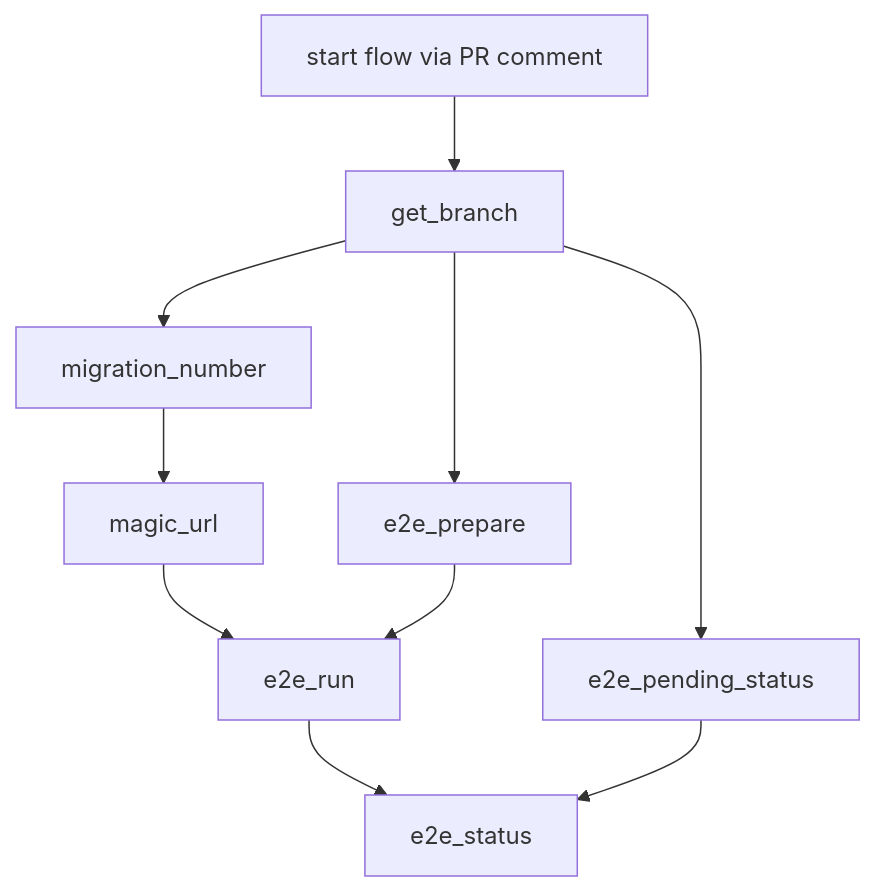
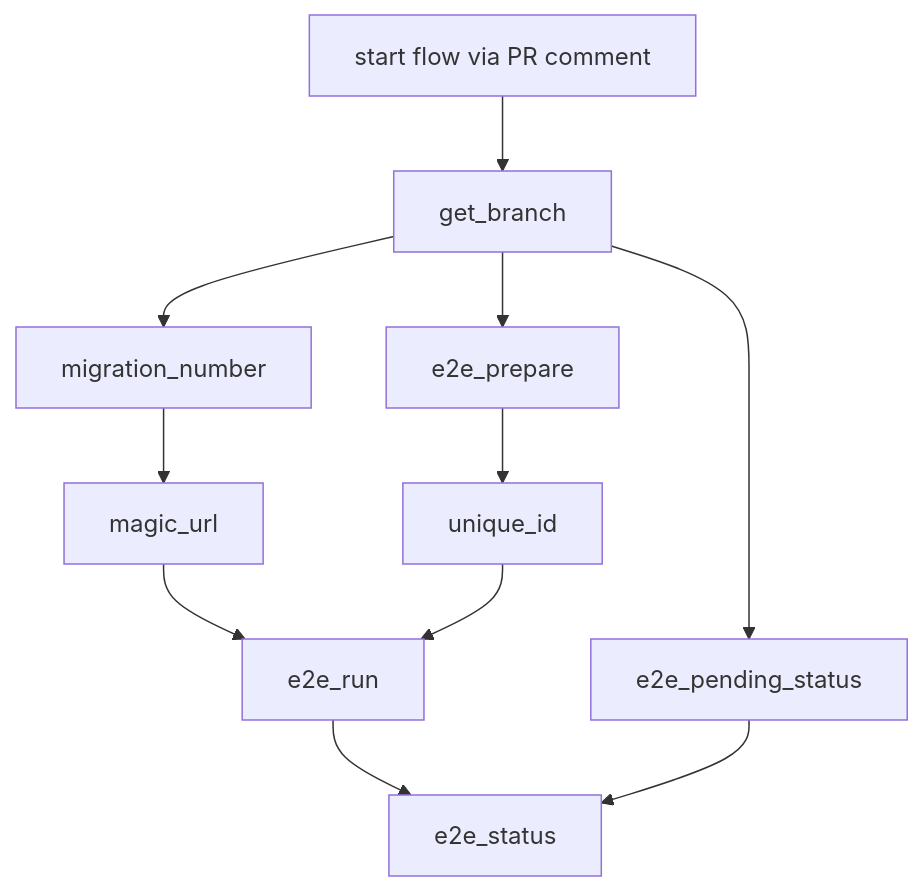
Before and after one commit to JupiterOne/.github: the diagram in .github/workflows/docs/frontend/frontend_runtime_application_manual_e2e_run.md, drawn with Mermaid. The commit also changed 4 other files, not shown here.

````diff
--- a/.github/workflows/docs/frontend/frontend_runtime_application_manual_e2e_run.md
+++ b/.github/workflows/docs/frontend/frontend_runtime_application_manual_e2e_run.md
@@ -73,21 +73,23 @@
 ```mermaid
 graph TD;
     A[start flow via PR comment];
     B[get_branch]
     C[e2e_pending_status]
     D[migration_number];
     E[e2e_prepare];
     F[magic_url];
-    G[e2e_run];
-    H[e2e_status];
+    G[unique_id];
+    H[e2e_run];
+    I[e2e_status];
 
     A --> B;
     B --> D;
     B --> E;
     B --> C;
     D --> F;
-    F --> G;
+    F --> H;
     G --> H;
-    C --> H;
+    H --> I;
+    C --> I;
     E --> G;
 ```
````
